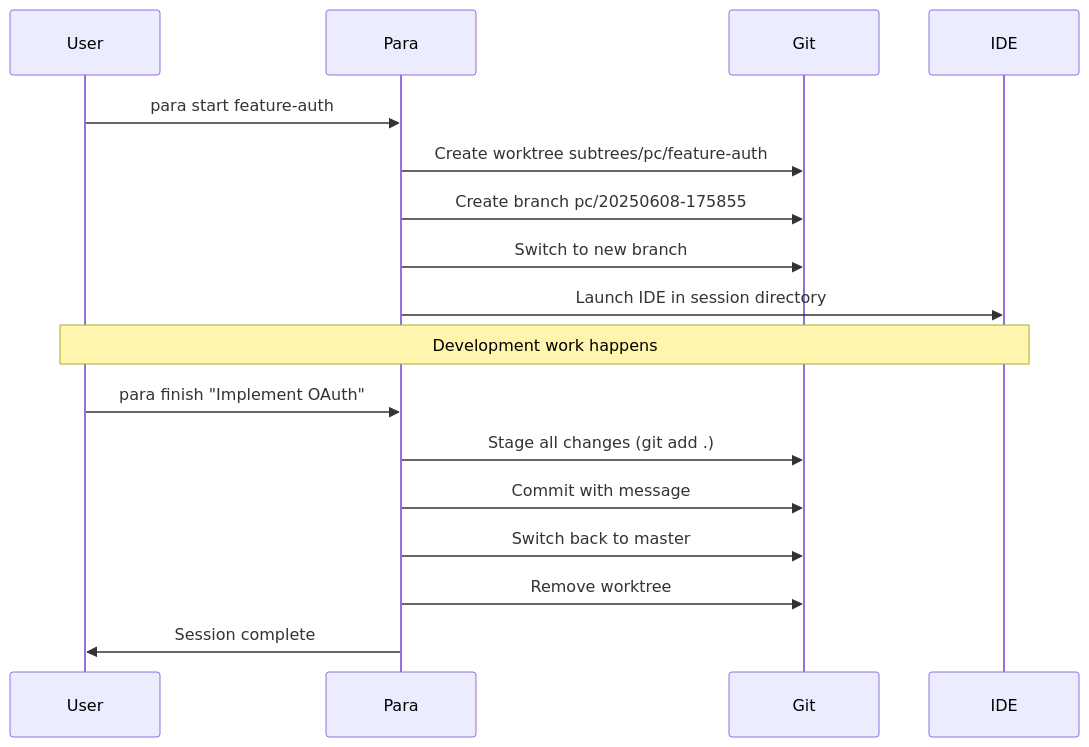
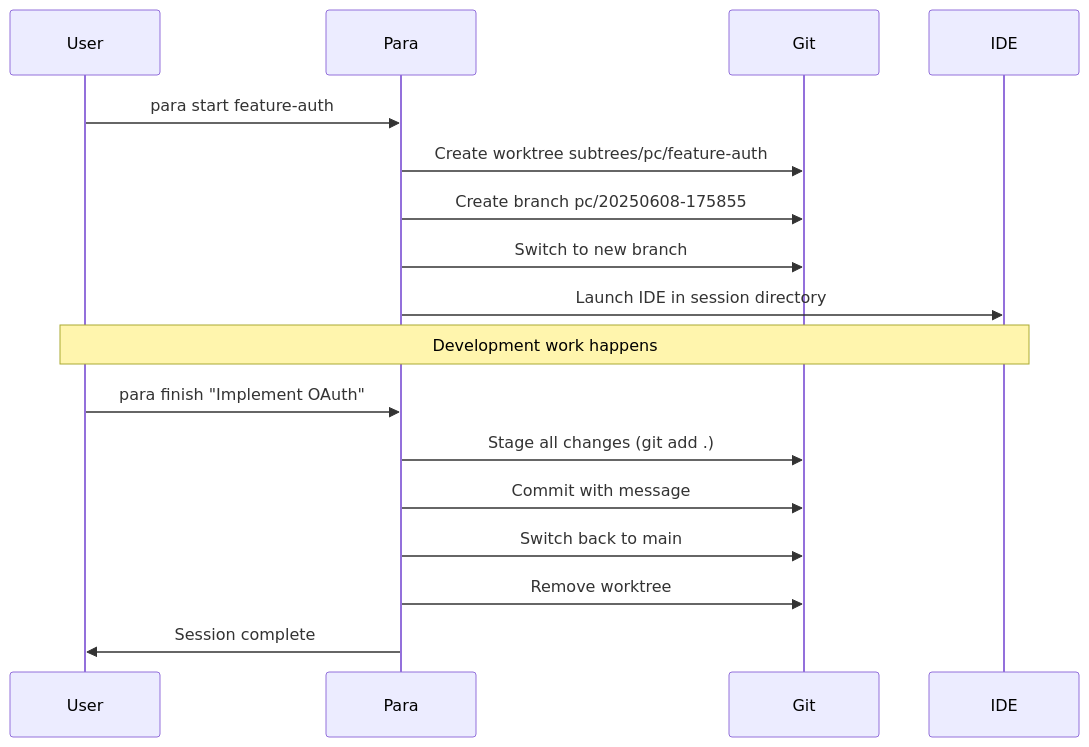
One commit to 2mawi2/para changed the third of 6 diagrams in docs/WORKFLOW.md. Above: the diagram before and after it, drawn with Mermaid. The commit also changed other lines of this file and 66 other files, not shown here.

````diff
--- a/docs/WORKFLOW.md
+++ b/docs/WORKFLOW.md
@@ -79,22 +79,22 @@
 ```mermaid
 sequenceDiagram
     participant User
     participant Para
     participant Git
     participant IDE
     
     User->>Para: para start feature-auth
     Para->>Git: Create worktree subtrees/pc/feature-auth
     Para->>Git: Create branch pc/20250608-175855
     Para->>Git: Switch to new branch
     Para->>IDE: Launch IDE in session directory
     
     Note over User,IDE: Development work happens
     
     User->>Para: para finish "Implement OAuth"
     Para->>Git: Stage all changes (git add .)
     Para->>Git: Commit with message
-    Para->>Git: Switch back to master
+    Para->>Git: Switch back to main
     Para->>Git: Remove worktree
     Para->>User: Session complete
 ```
````
